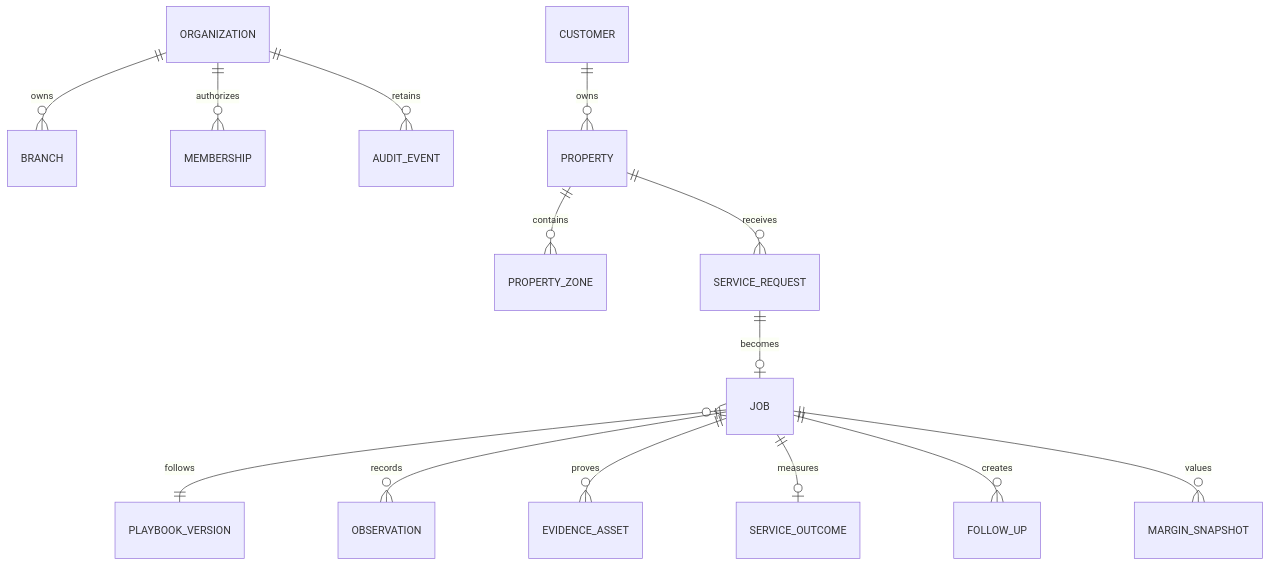
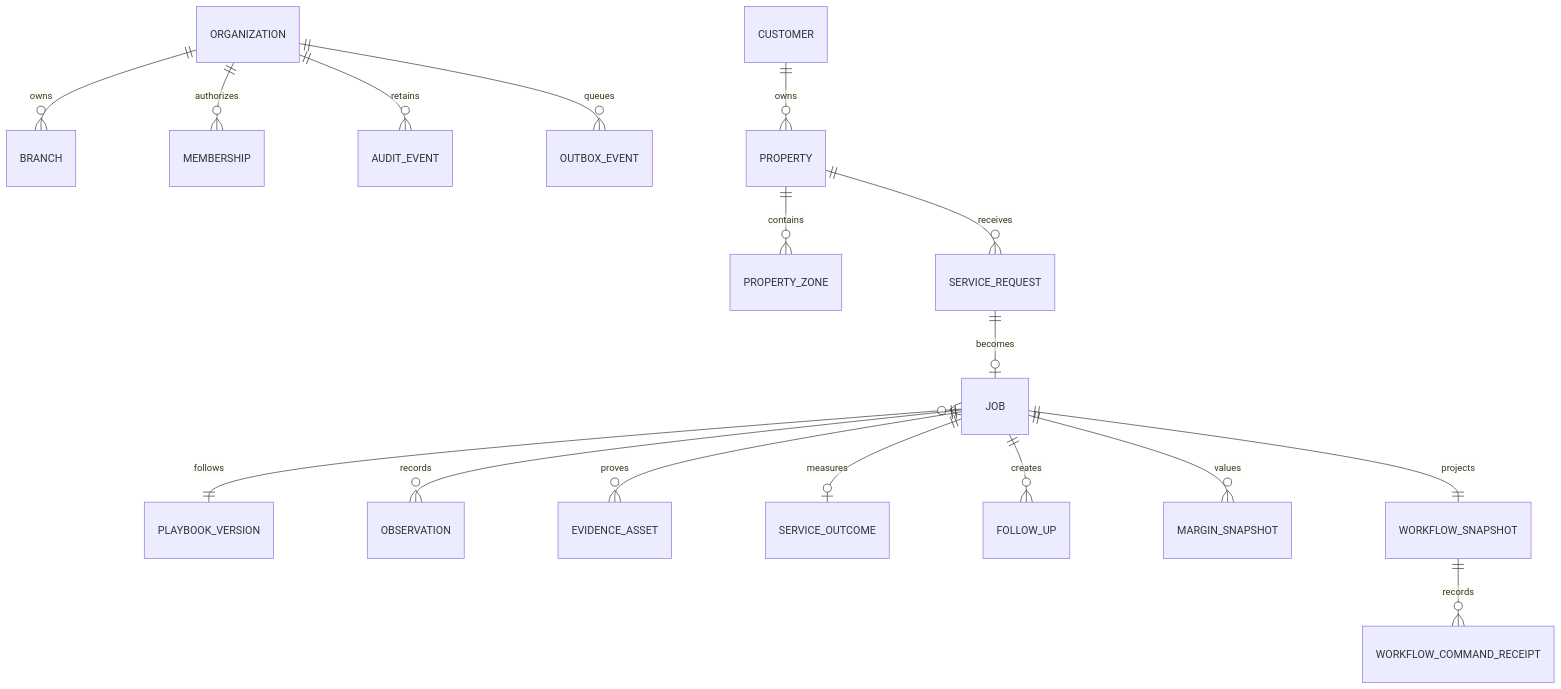
The diagram in docs/data-model.md (Matthewbolinger/Pest-control), drawn with Mermaid before and after one commit. The commit also changed other lines of this file and 39 other files, not shown here.

````diff
--- a/docs/data-model.md
+++ b/docs/data-model.md
@@ -3,16 +3,19 @@
 ```mermaid
 erDiagram
   ORGANIZATION ||--o{ BRANCH : owns
   ORGANIZATION ||--o{ MEMBERSHIP : authorizes
   CUSTOMER ||--o{ PROPERTY : owns
   PROPERTY ||--o{ PROPERTY_ZONE : contains
   PROPERTY ||--o{ SERVICE_REQUEST : receives
   SERVICE_REQUEST ||--o| JOB : becomes
   JOB }o--|| PLAYBOOK_VERSION : follows
   JOB ||--o{ OBSERVATION : records
   JOB ||--o{ EVIDENCE_ASSET : proves
   JOB ||--o| SERVICE_OUTCOME : measures
   JOB ||--o{ FOLLOW_UP : creates
   JOB ||--o{ MARGIN_SNAPSHOT : values
+  JOB ||--|| WORKFLOW_SNAPSHOT : projects
+  WORKFLOW_SNAPSHOT ||--o{ WORKFLOW_COMMAND_RECEIPT : records
   ORGANIZATION ||--o{ AUDIT_EVENT : retains
+  ORGANIZATION ||--o{ OUTBOX_EVENT : queues
 ```
````
